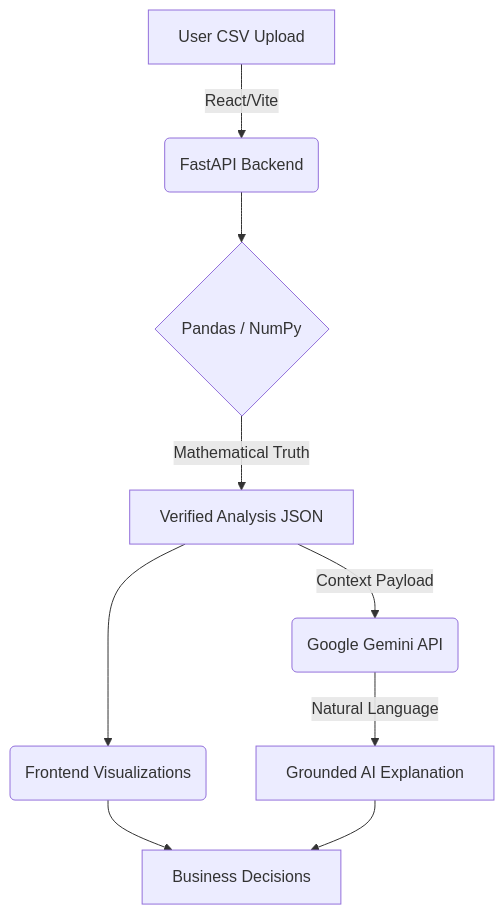
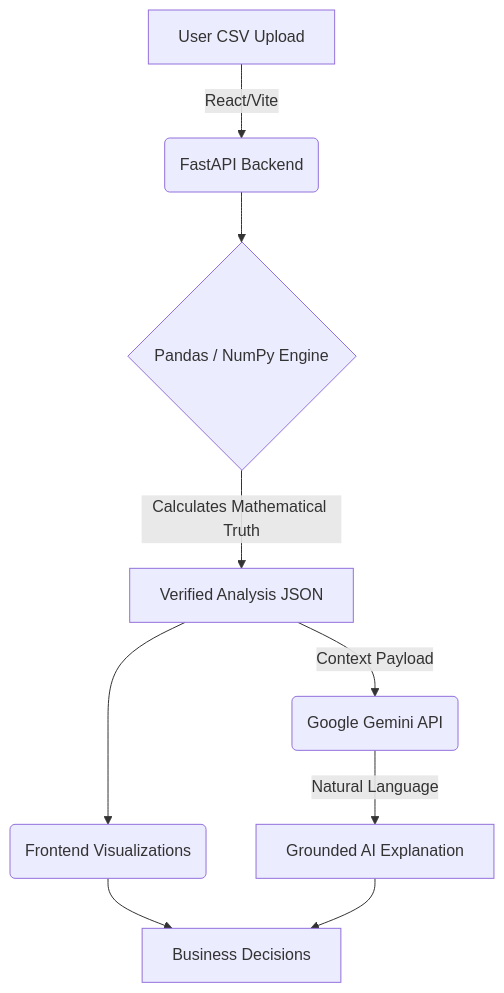
One commit to VIJAYAPANDIANT/decisionlens-ai changed the first of 3 diagrams in README.md. Above: the diagram before and after it, drawn with Mermaid. The commit also changed other lines of this file, not shown here.

Commit message:
Add full software engineering documentation including ER, Use Case, and Requirements

````diff
--- a/README.md
+++ b/README.md
@@ -57,11 +85,11 @@
 ```mermaid
 graph TD;
     A[User CSV Upload] -->|React/Vite| B(FastAPI Backend)
-    B --> C{Pandas / NumPy}
-    C -->|Mathematical Truth| D[Verified Analysis JSON]
+    B --> C{Pandas / NumPy Engine}
+    C -->|Calculates Mathematical Truth| D[Verified Analysis JSON]
     D --> E(Frontend Visualizations)
     D -->|Context Payload| F(Google Gemini API)
     F -->|Natural Language| G[Grounded AI Explanation]
     E --> H[Business Decisions]
     G --> H
 ```
````
